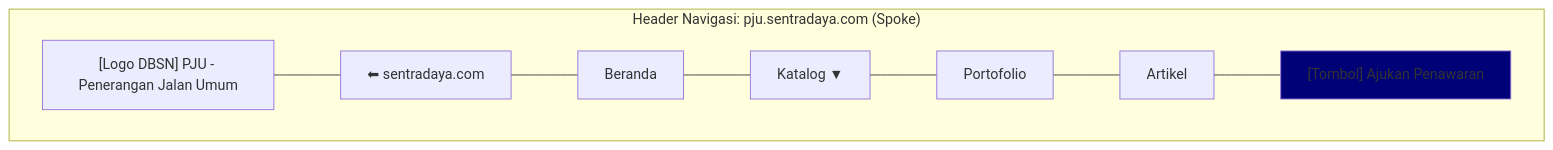
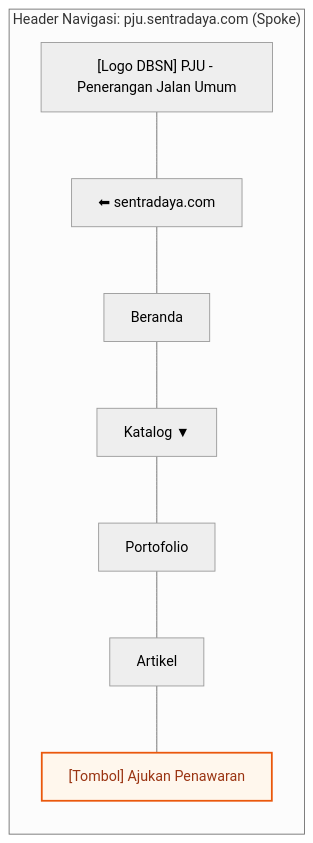
Before and after one commit to pampam666/awesome-website-test: the second of 3 diagrams in .taskmaster/docs/information-architecture/ia-strategy-navigation.md, drawn with Mermaid. The commit also changed other lines of this file and 7 other files, not shown here.

Commit message:
docs: initialize information architecture and project requirement documentation for digital ecosystem platform

````diff
--- a/.taskmaster/docs/information-architecture/ia-strategy-navigation.md
+++ b/.taskmaster/docs/information-architecture/ia-strategy-navigation.md
@@ -78,22 +82,22 @@
 ```mermaid
 ---
 config:
   layout: dagre
+  theme: neutral
 ---
-flowchart TB
+flowchart LR
+    classDef entry fill:#fef3c7,stroke:#d97706,stroke-width:2px,color:#92400e
+    classDef conversion fill:#fff7ed,stroke:#ea580c,stroke-width:2px,color:#9a3412
+
  subgraph HEADER_SPOKE["Header Navigasi: pju.sentradaya.com (Spoke)"]
-    direction LR
         S_LOGO["[Logo DBSN] PJU - Penerangan Jalan Umum"]
         S_BACK["⬅ sentradaya.com"]
         S_NAV1["Beranda"]
         S_NAV2["Katalog ▼"]
         S_NAV3["Portofolio"]
         S_NAV4["Artikel"]
         S_CTA["[Tombol] Ajukan Penawaran"]
  end
-
-    %% Mengunci urutan layout dari kiri ke kanan
     S_LOGO --- S_BACK --- S_NAV1 --- S_NAV2 --- S_NAV3 --- S_NAV4 --- S_CTA
-    
-    style S_CTA fill:#007
+    class S_CTA conversion
 ```
````
